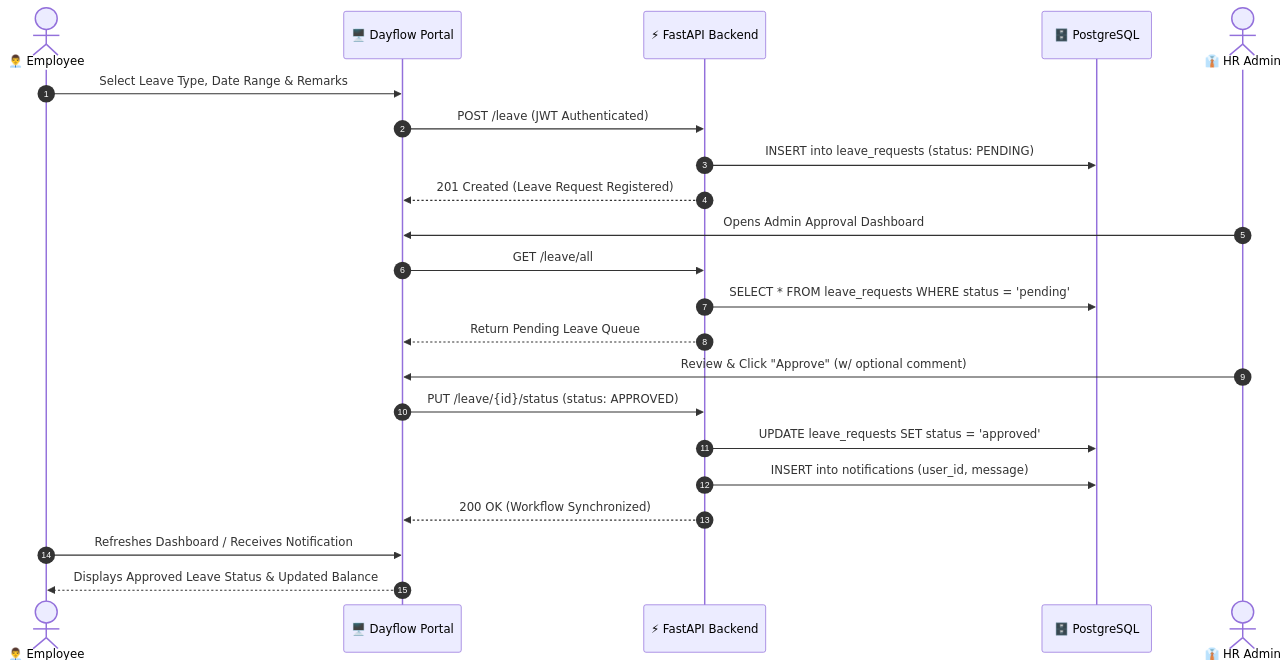
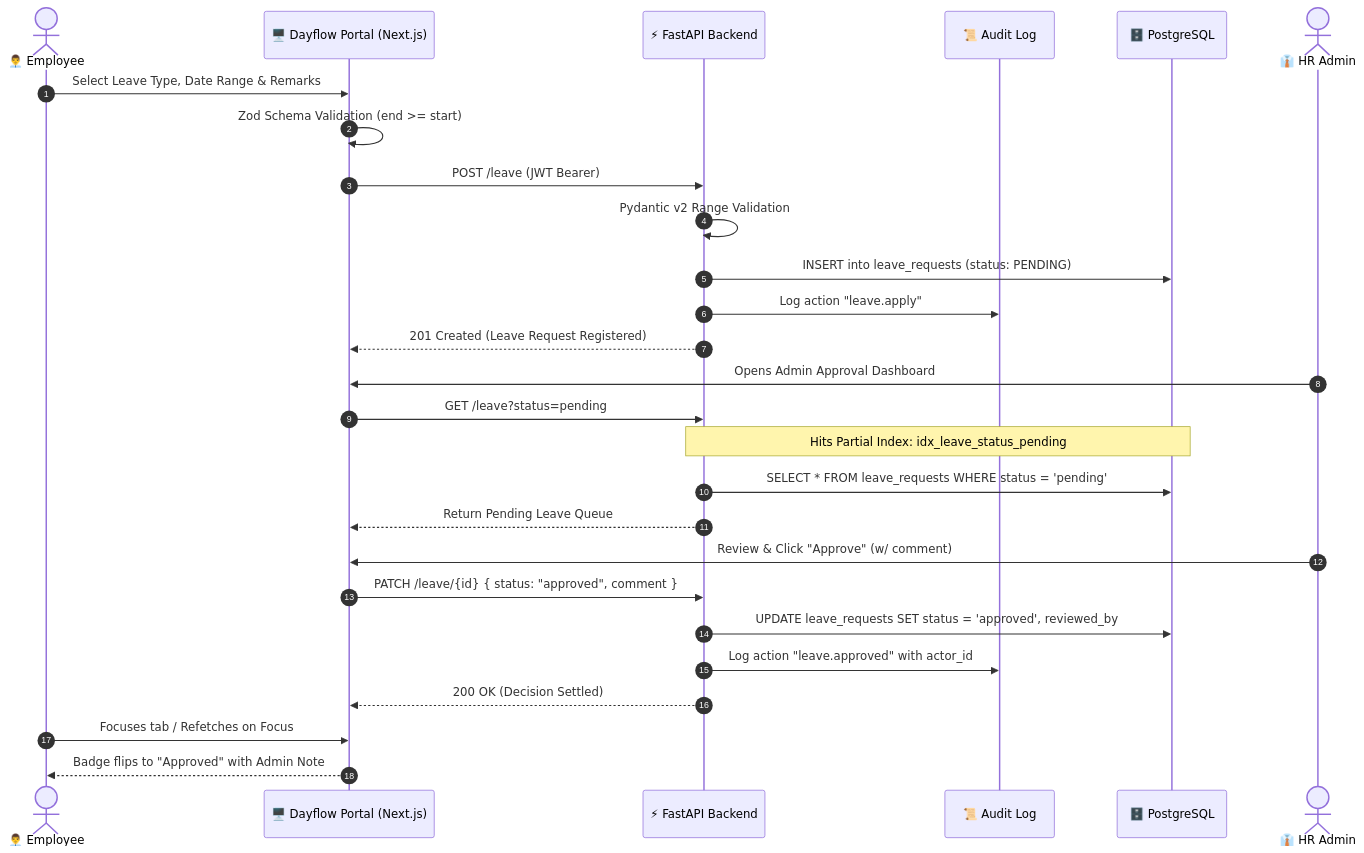
The second of 4 diagrams in README.md (oggigachad/dayflow), drawn with Mermaid before and after one commit. The commit also changed other lines of this file and 34 other files, not shown here.

Commit message:
Implement judging-optimized architecture: layered services, audit log, pytest suite, CI/CD, and Zod validation

````diff
--- a/README.md
+++ b/README.md
@@ -104,28 +127,33 @@
 ```mermaid
 sequenceDiagram
     autonumber
     actor Employee as 👨‍💼 Employee
-    participant Client as 🖥️ Dayflow Portal
+    participant Client as 🖥️ Dayflow Portal (Next.js)
     participant API as ⚡ FastAPI Backend
+    participant Audit as 📜 Audit Log
     participant DB as 🗄️ PostgreSQL
     actor Admin as 👔 HR Admin
 
     Employee->>Client: Select Leave Type, Date Range & Remarks
-    Client->>API: POST /leave (JWT Authenticated)
+    Client->>Client: Zod Schema Validation (end >= start)
+    Client->>API: POST /leave (JWT Bearer)
+    API->>API: Pydantic v2 Range Validation
     API->>DB: INSERT into leave_requests (status: PENDING)
+    API->>Audit: Log action "leave.apply"
     API-->>Client: 201 Created (Leave Request Registered)
     
     Admin->>Client: Opens Admin Approval Dashboard
-    Client->>API: GET /leave/all
+    Client->>API: GET /leave?status=pending
+    Note over API,DB: Hits Partial Index: idx_leave_status_pending
     API->>DB: SELECT * FROM leave_requests WHERE status = 'pending'
     API-->>Client: Return Pending Leave Queue
     
-    Admin->>Client: Review & Click "Approve" (w/ optional comment)
-    Client->>API: PUT /leave/{id}/status (status: APPROVED)
-    API->>DB: UPDATE leave_requests SET status = 'approved'
-    API->>DB: INSERT into notifications (user_id, message)
-    API-->>Client: 200 OK (Workflow Synchronized)
+    Admin->>Client: Review & Click "Approve" (w/ comment)
+    Client->>API: PATCH /leave/{id} { status: "approved", comment }
+    API->>DB: UPDATE leave_requests SET status = 'approved', reviewed_by
+    API->>Audit: Log action "leave.approved" with actor_id
+    API-->>Client: 200 OK (Decision Settled)
     
-    Employee->>Client: Refreshes Dashboard / Receives Notification
-    Client-->>Employee: Displays Approved Leave Status & Updated Balance
+    Employee->>Client: Focuses tab / Refetches on Focus
+    Client-->>Employee: Badge flips to "Approved" with Admin Note
 ```
````
